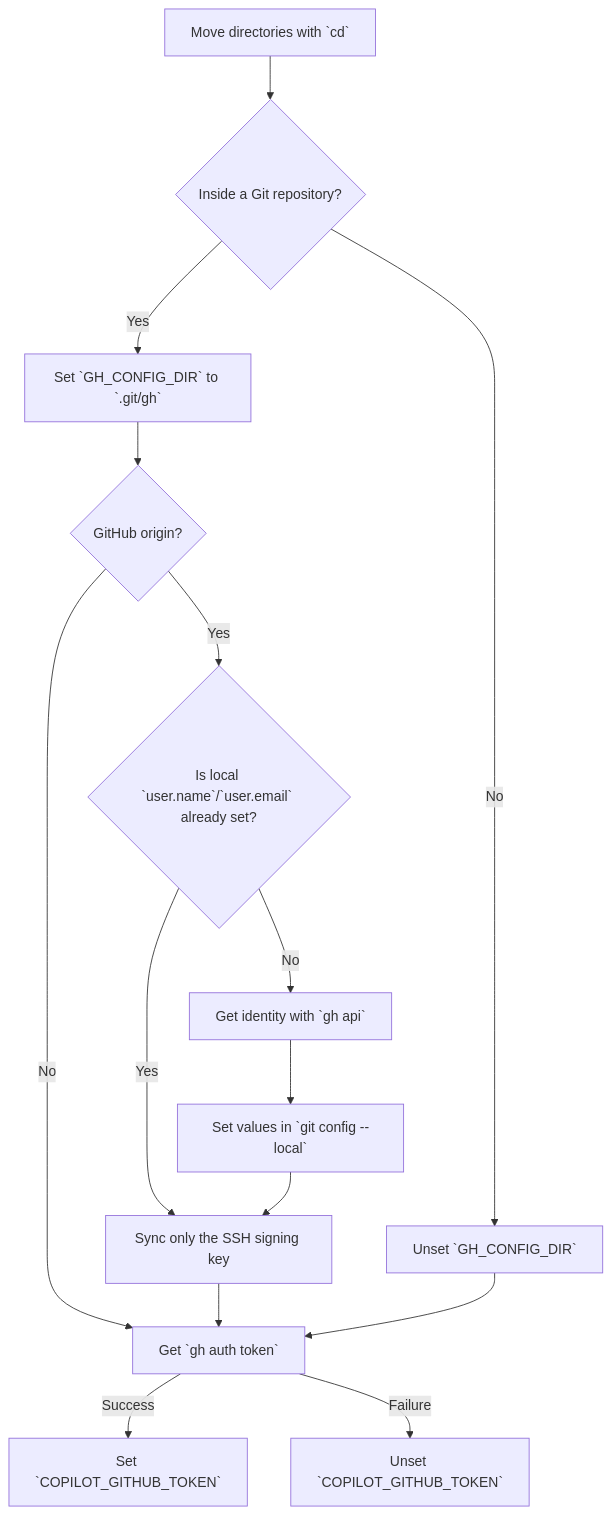
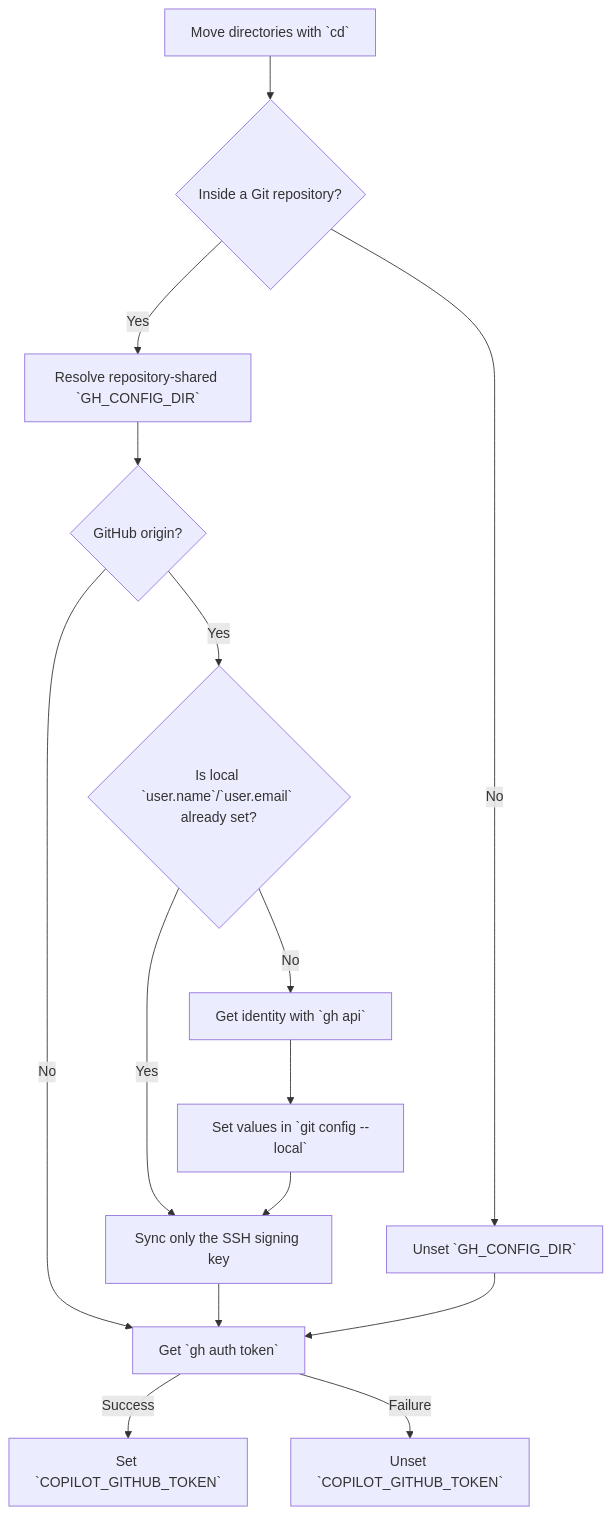
Before and after one commit to daiksud/dotfiles: the diagram in docs/guides/04-git-identity.md, drawn with Mermaid. The commit also changed other lines of this file and 5 other files, not shown here.

````diff
--- a/docs/guides/04-git-identity.md
+++ b/docs/guides/04-git-identity.md
@@ -9,17 +9,17 @@
 ```mermaid
 graph TD
     A[Move directories with `cd`] --> B{Inside a Git repository?}
     B -- No --> U[Unset `GH_CONFIG_DIR`]
-    B -- Yes --> D[Set `GH_CONFIG_DIR` to `.git/gh`]
+    B -- Yes --> D[Resolve repository-shared `GH_CONFIG_DIR`]
     D --> C{GitHub origin?}
     C -- No --> T[Get `gh auth token`]
     C -- Yes --> E{Is local `user.name`/`user.email` already set?}
     E -- Yes --> F[Sync only the SSH signing key]
     E -- No --> G[Get identity with `gh api`]
     G --> H[Set values in `git config --local`]
     H --> F
     F --> T
     U --> T
     T -- Success --> V[Set `COPILOT_GITHUB_TOKEN`]
     T -- Failure --> W[Unset `COPILOT_GITHUB_TOKEN`]
 ```
````
